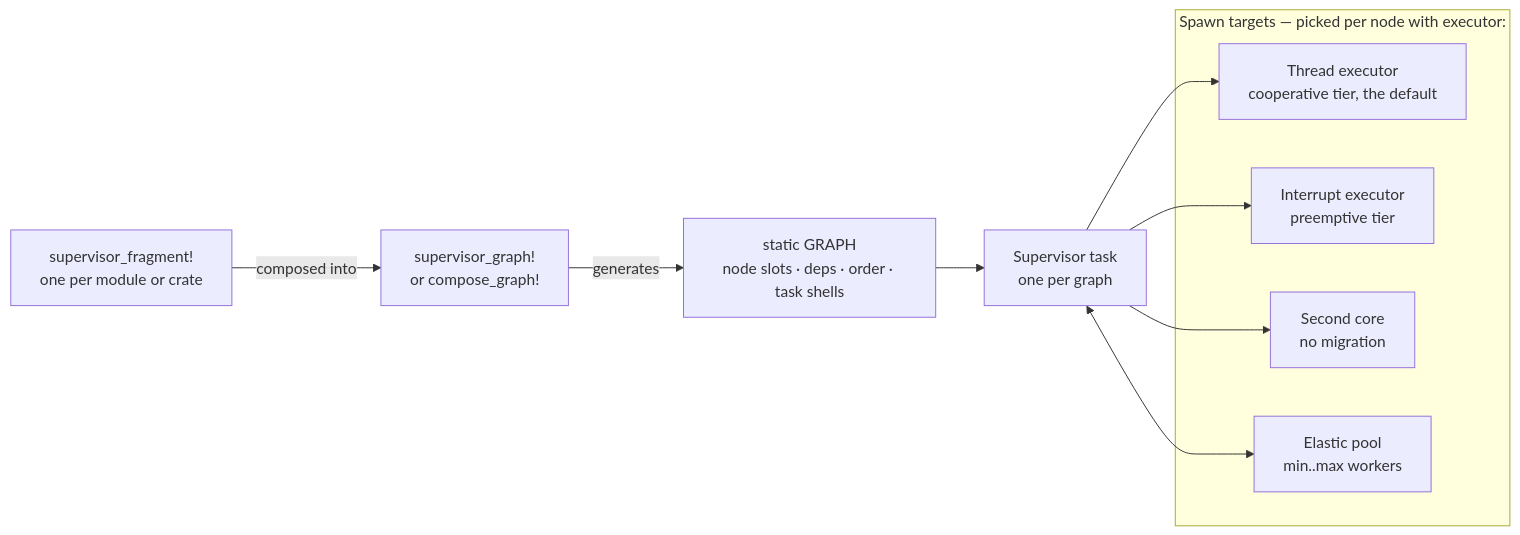
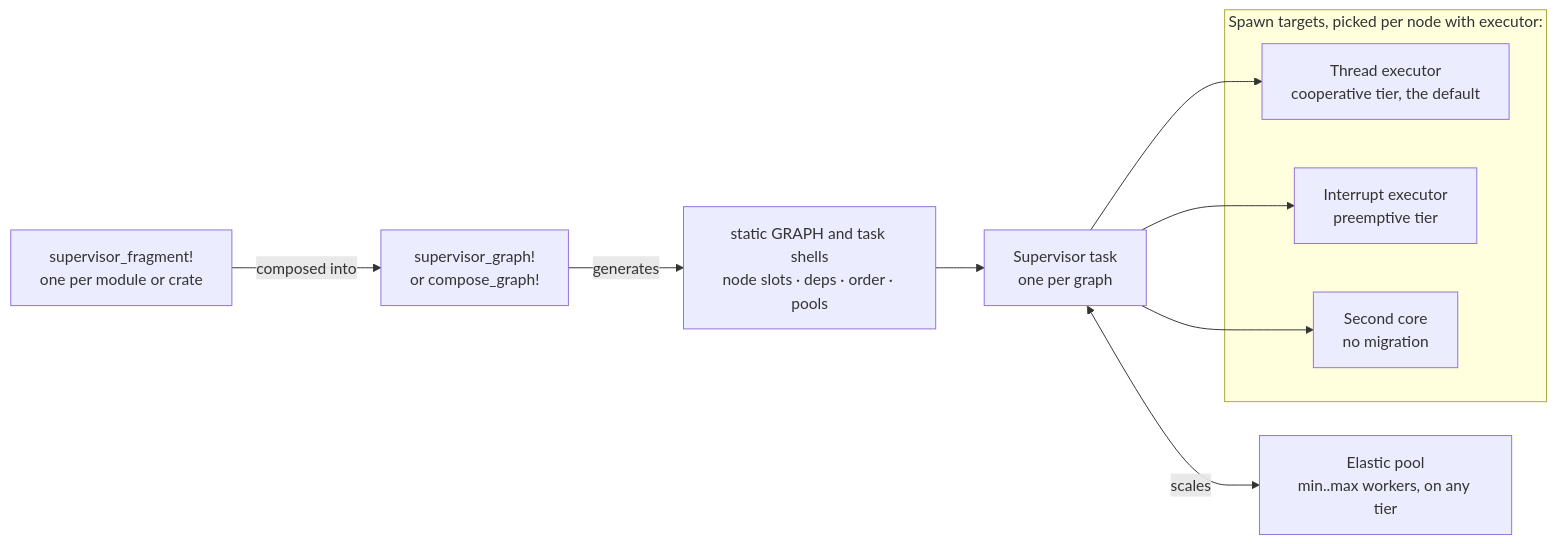
Before and after one commit to cedrivard/embassy-supervisor: the first of 3 diagrams in README.md, drawn with Mermaid. The commit also changed other lines of this file and 1 other file, not shown here.

````diff
--- a/README.md
+++ b/README.md
@@ -104,23 +99,23 @@
 ```mermaid
 flowchart LR
     FRAG["supervisor_fragment!<br/>one per module or crate"]
     DSL["supervisor_graph!<br/>or compose_graph!"]
-    GEN["static GRAPH<br/>node slots · deps · order · task shells"]
+    GEN["static GRAPH and task shells<br/>node slots · deps · order · pools"]
     SUP["Supervisor task<br/>one per graph"]
 
     FRAG -- composed into --> DSL
     DSL -- generates --> GEN
     GEN --> SUP
 
-    subgraph TIERS["Spawn targets — picked per node with executor:"]
+    subgraph TIERS["Spawn targets, picked per node with executor:"]
         T0["Thread executor<br/>cooperative tier, the default"]
         IE["Interrupt executor<br/>preemptive tier"]
         C1["Second core<br/>no migration"]
-        POOL["Elastic pool<br/>min..max workers"]
     end
+    POOL["Elastic pool<br/>min..max workers, on any tier"]
 
     SUP --> T0
     SUP --> IE
     SUP --> C1
-    SUP <--> POOL
+    SUP <-- scales --> POOL
 ```
````
